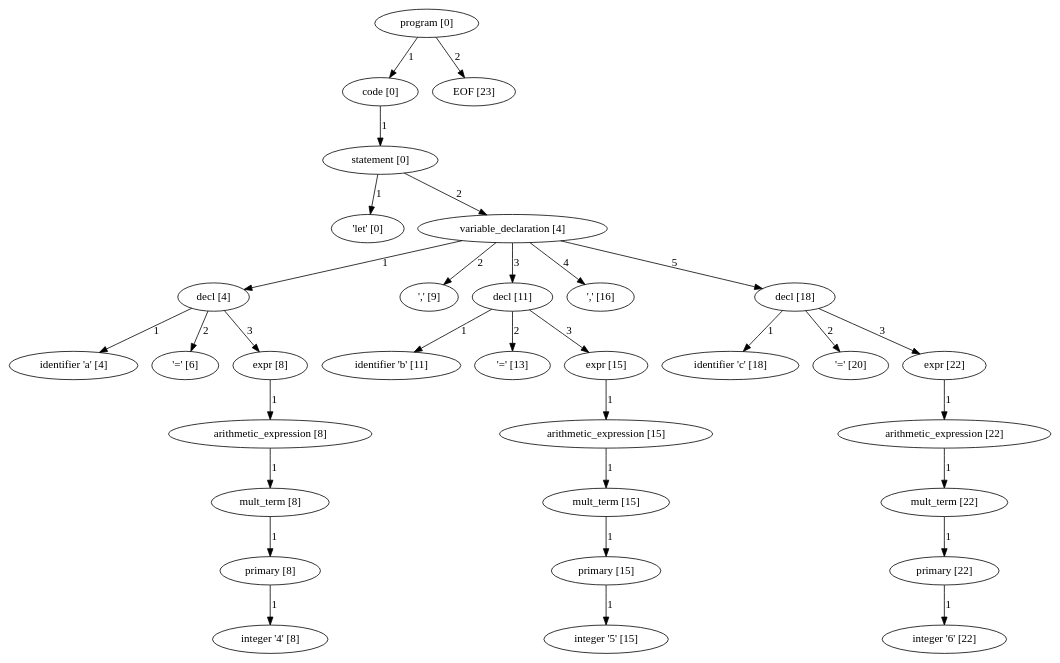
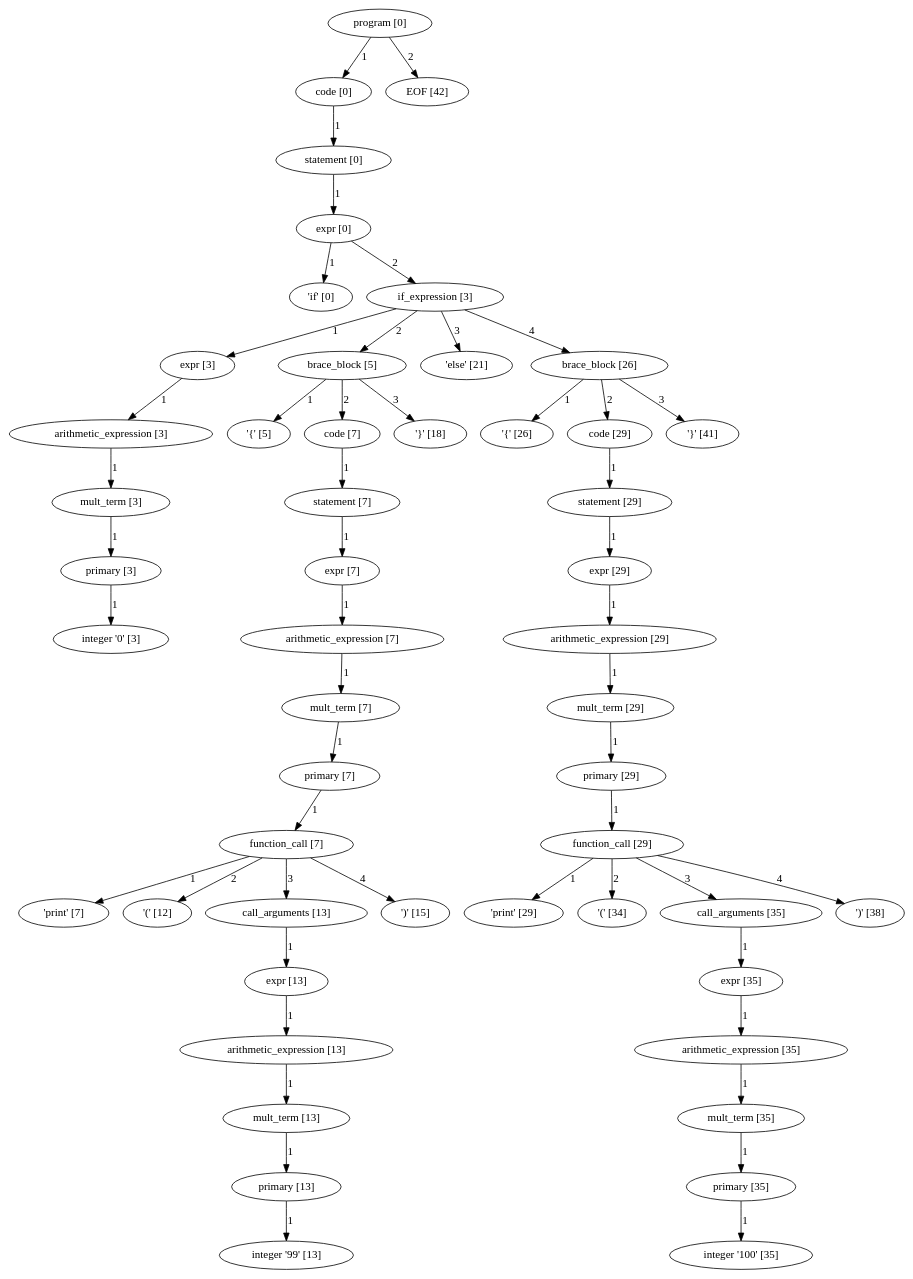
Before and after one commit to pragdave/cs3342_smurf: the diagram in my_parse_tree.dot, drawn with Graphviz. The commit also changed 7 other files, not shown here.

```diff
--- a/my_parse_tree.dot
+++ b/my_parse_tree.dot
@@ -1,96 +1,153 @@
 digraph arpeggio_graph {
-4402966976 [label="program [0]"];
-4402966976->4402966848 [label="1"]
+4384110272 [label="program [0]"];
+4384110272->4384110144 [label="1"]
 
-4402966848 [label="code [0]"];
-4402966848->4402966720 [label="1"]
+4384110144 [label="code [0]"];
+4384110144->4384552640 [label="1"]
 
-4402966720 [label="statement [0]"];
-4402966720->4402617248 [label="1"]
+4384552640 [label="statement [0]"];
+4384552640->4384552512 [label="1"]
 
-4402617248 [label=" 'let' [0]"];
-4402966720->4402966592 [label="2"]
+4384552512 [label="expr [0]"];
+4384552512->4383972592 [label="1"]
 
-4402966592 [label="variable_declaration [4]"];
-4402966592->4402850368 [label="1"]
+4383972592 [label=" 'if' [0]"];
+4384552512->4384552384 [label="2"]
 
-4402850368 [label="decl [4]"];
-4402850368->4402617472 [label="1"]
+4384552384 [label="if_expression [3]"];
+4384552384->4384111040 [label="1"]
 
-4402617472 [label="identifier 'a' [4]"];
-4402850368->4402617584 [label="2"]
+4384111040 [label="expr [3]"];
+4384111040->4384110912 [label="1"]
 
-4402617584 [label=" '=' [6]"];
-4402850368->4402850240 [label="3"]
+4384110912 [label="arithmetic_expression [3]"];
+4384110912->4384110784 [label="1"]
 
-4402850240 [label="expr [8]"];
-4402850240->4402850112 [label="1"]
+4384110784 [label="mult_term [3]"];
+4384110784->4384110656 [label="1"]
 
-4402850112 [label="arithmetic_expression [8]"];
-4402850112->4402849984 [label="1"]
+4384110656 [label="primary [3]"];
+4384110656->4384240464 [label="1"]
 
-4402849984 [label="mult_term [8]"];
-4402849984->4402849856 [label="1"]
+4384240464 [label="integer '0' [3]"];
+4384552384->4384947648 [label="2"]
 
-4402849856 [label="primary [8]"];
-4402849856->4402951216 [label="1"]
+4384947648 [label="brace_block [5]"];
+4384947648->4384240576 [label="1"]
 
-4402951216 [label="integer '4' [8]"];
-4402966592->4402951328 [label="2"]
+4384240576 [label=" '{' [5]"];
+4384947648->4384947520 [label="2"]
 
-4402951328 [label=" ',' [9]"];
-4402966592->4402851008 [label="3"]
+4384947520 [label="code [7]"];
+4384947520->4384947392 [label="1"]
 
-4402851008 [label="decl [11]"];
-4402851008->4402951552 [label="1"]
+4384947392 [label="statement [7]"];
+4384947392->4384947264 [label="1"]
 
-4402951552 [label="identifier 'b' [11]"];
-4402851008->4402951664 [label="2"]
+4384947264 [label="expr [7]"];
+4384947264->4384947136 [label="1"]
 
-4402951664 [label=" '=' [13]"];
-4402851008->4402850880 [label="3"]
+4384947136 [label="arithmetic_expression [7]"];
+4384947136->4384947008 [label="1"]
 
-4402850880 [label="expr [15]"];
-4402850880->4402850752 [label="1"]
+4384947008 [label="mult_term [7]"];
+4384947008->4384946880 [label="1"]
 
-4402850752 [label="arithmetic_expression [15]"];
-4402850752->4402850624 [label="1"]
+4384946880 [label="primary [7]"];
+4384946880->4384946752 [label="1"]
 
-4402850624 [label="mult_term [15]"];
-4402850624->4402850496 [label="1"]
+4384946752 [label="function_call [7]"];
+4384946752->4384928480 [label="1"]
 
-4402850496 [label="primary [15]"];
-4402850496->4402951888 [label="1"]
+4384928480 [label=" 'print' [7]"];
+4384946752->4384928592 [label="2"]
 
-4402951888 [label="integer '5' [15]"];
-4402966592->4402952000 [label="4"]
+4384928592 [label=" '(' [12]"];
+4384946752->4384946624 [label="3"]
 
-4402952000 [label=" ',' [16]"];
-4402966592->4402851648 [label="5"]
+4384946624 [label="call_arguments [13]"];
+4384946624->4384946496 [label="1"]
 
-4402851648 [label="decl [18]"];
-4402851648->4402952224 [label="1"]
+4384946496 [label="expr [13]"];
+4384946496->4384946368 [label="1"]
 
-4402952224 [label="identifier 'c' [18]"];
-4402851648->4402952336 [label="2"]
+4384946368 [label="arithmetic_expression [13]"];
+4384946368->4384946240 [label="1"]
 
-4402952336 [label=" '=' [20]"];
-4402851648->4402851520 [label="3"]
+4384946240 [label="mult_term [13]"];
+4384946240->4384946112 [label="1"]
 
-4402851520 [label="expr [22]"];
-4402851520->4402851392 [label="1"]
+4384946112 [label="primary [13]"];
+4384946112->4384930384 [label="1"]
 
-4402851392 [label="arithmetic_expression [22]"];
-4402851392->4402851264 [label="1"]
+4384930384 [label="integer '99' [13]"];
+4384946752->4384930496 [label="4"]
 
-4402851264 [label="mult_term [22]"];
-4402851264->4402851136 [label="1"]
+4384930496 [label=" ')' [15]"];
+4384947648->4384930608 [label="3"]
 
-4402851136 [label="primary [22]"];
-4402851136->4402952560 [label="1"]
+4384930608 [label=" '}' [18]"];
+4384552384->4384930720 [label="3"]
 
-4402952560 [label="integer '6' [22]"];
-4402966976->4402952672 [label="2"]
+4384930720 [label=" 'else' [21]"];
+4384552384->4384552256 [label="4"]
 
-4402952672 [label="EOF [23]"];
+4384552256 [label="brace_block [26]"];
+4384552256->4384930832 [label="1"]
+
+4384930832 [label=" '{' [26]"];
+4384552256->4384552128 [label="2"]
+
+4384552128 [label="code [29]"];
+4384552128->4384552000 [label="1"]
+
+4384552000 [label="statement [29]"];
+4384552000->4384551872 [label="1"]
+
+4384551872 [label="expr [29]"];
+4384551872->4384551744 [label="1"]
+
+4384551744 [label="arithmetic_expression [29]"];
+4384551744->4384551616 [label="1"]
+
+4384551616 [label="mult_term [29]"];
+4384551616->4384551488 [label="1"]
+
+4384551488 [label="primary [29]"];
+4384551488->4384551360 [label="1"]
+
+4384551360 [label="function_call [29]"];
+4384551360->4384880224 [label="1"]
+
+4384880224 [label=" 'print' [29]"];
+4384551360->4384880336 [label="2"]
+
+4384880336 [label=" '(' [34]"];
+4384551360->4384551232 [label="3"]
+
+4384551232 [label="call_arguments [35]"];
+4384551232->4384551104 [label="1"]
+
+4384551104 [label="expr [35]"];
+4384551104->4384550976 [label="1"]
+
+4384550976 [label="arithmetic_expression [35]"];
+4384550976->4384878400 [label="1"]
+
+4384878400 [label="mult_term [35]"];
+4384878400->4384878272 [label="1"]
+
+4384878272 [label="primary [35]"];
+4384878272->4384882128 [label="1"]
+
+4384882128 [label="integer '100' [35]"];
+4384551360->4384882240 [label="4"]
+
+4384882240 [label=" ')' [38]"];
+4384552256->4384882352 [label="3"]
+
+4384882352 [label=" '}' [41]"];
+4384110272->4383973264 [label="2"]
+
+4383973264 [label="EOF [42]"];
 }
```
